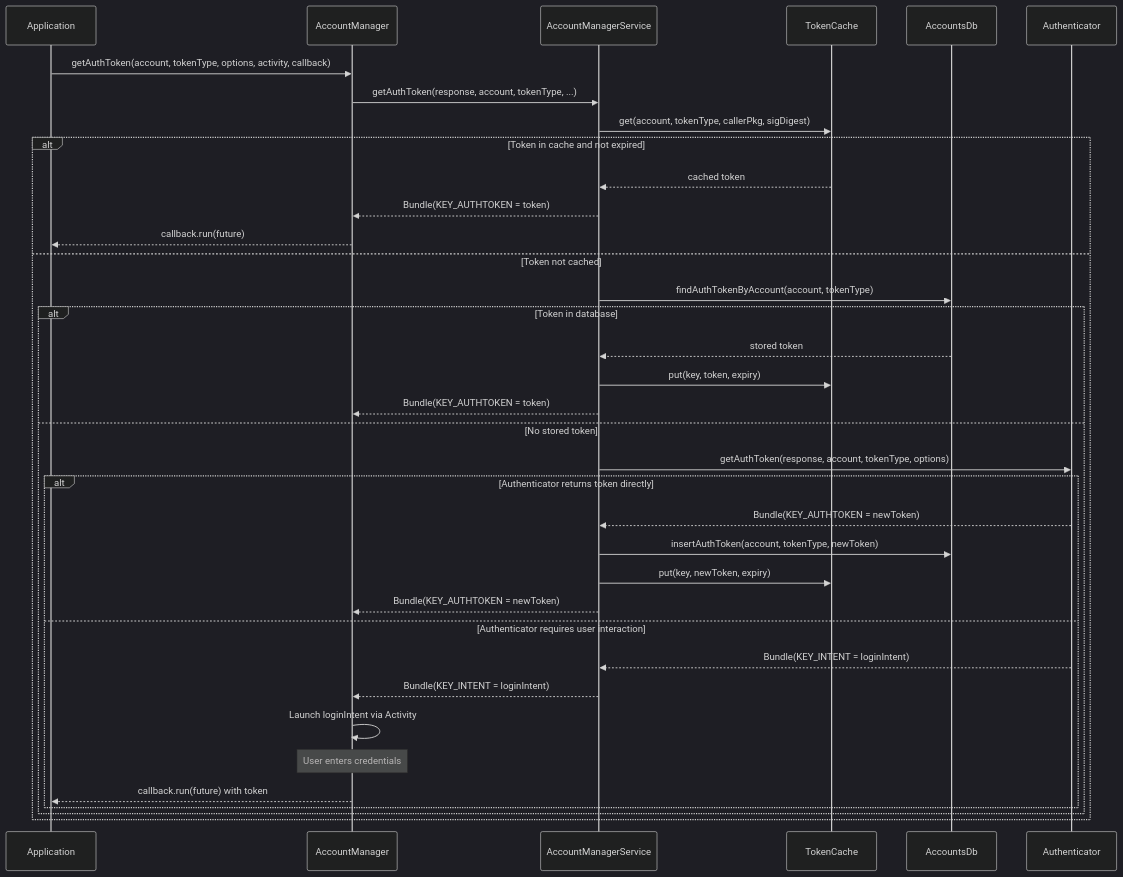
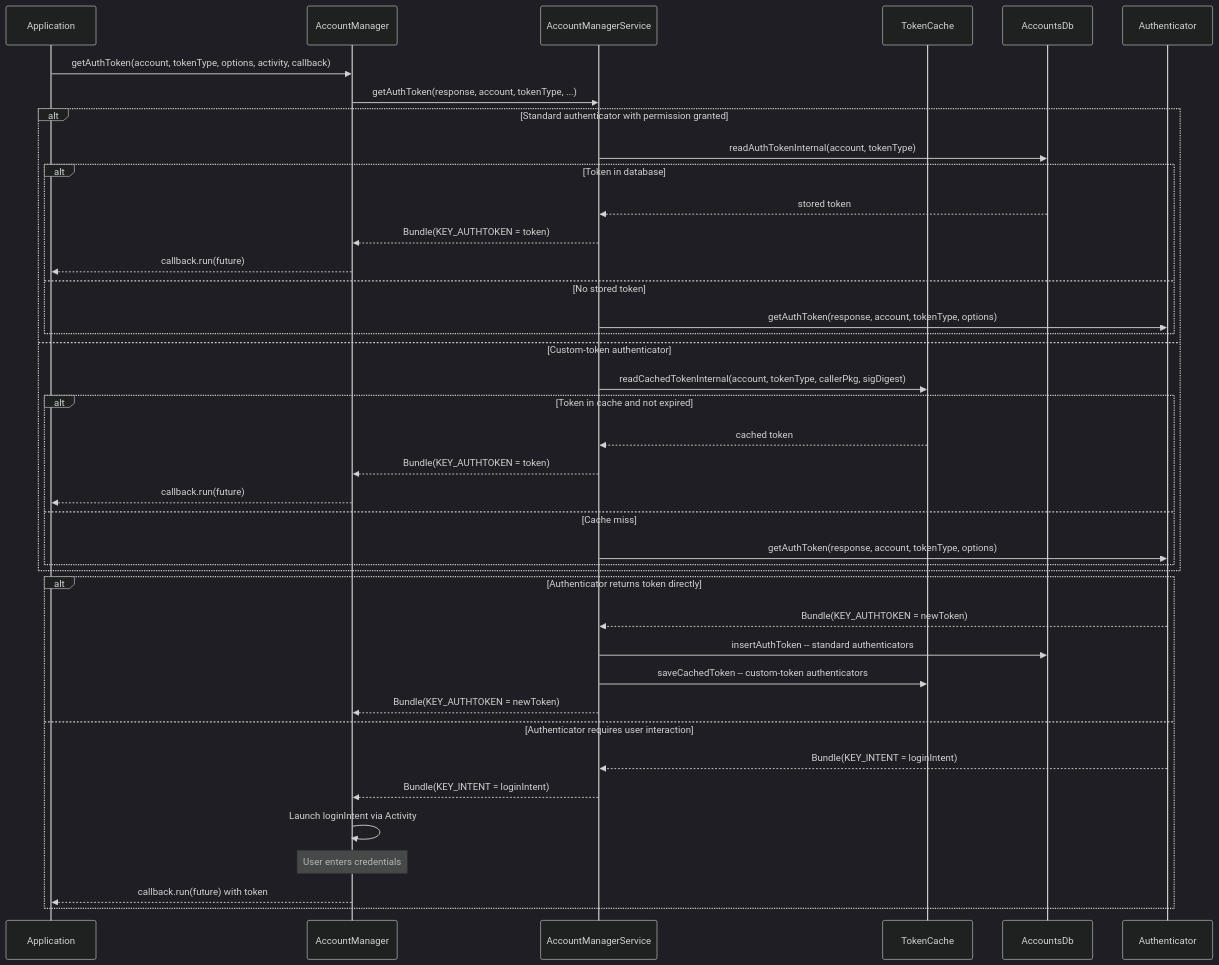
Before and after one commit to aospbooks/aosp-internal-book: the fifth of 17 diagrams in 32-account-sync.md, drawn with Mermaid (dark theme). The commit also changed other lines of this file and 218 other files, not shown here.

````diff
--- a/32-account-sync.md
+++ b/32-account-sync.md
@@ -598,41 +607,46 @@
 ```mermaid
 sequenceDiagram
     participant App as Application
     participant AM as AccountManager
     participant AMS as AccountManagerService
     participant TC as TokenCache
     participant DB as AccountsDb
     participant AUTH as Authenticator
 
     App->>AM: getAuthToken(account, tokenType, options, activity, callback)
 
     AM->>AMS: getAuthToken(response, account, tokenType, ...)
-    AMS->>TC: get(account, tokenType, callerPkg, sigDigest)
 
-    alt Token in cache and not expired
-        TC-->>AMS: cached token
-        AMS-->>AM: Bundle(KEY_AUTHTOKEN = token)
-        AM-->>App: callback.run(future)
-    else Token not cached
-        AMS->>DB: findAuthTokenByAccount(account, tokenType)
+    alt Standard authenticator with permission granted
+        AMS->>DB: readAuthTokenInternal(account, tokenType)
         alt Token in database
             DB-->>AMS: stored token
-            AMS->>TC: put(key, token, expiry)
             AMS-->>AM: Bundle(KEY_AUTHTOKEN = token)
+            AM-->>App: callback.run(future)
         else No stored token
             AMS->>AUTH: getAuthToken(response, account, tokenType, options)
-            alt Authenticator returns token directly
-                AUTH-->>AMS: Bundle(KEY_AUTHTOKEN = newToken)
-                AMS->>DB: insertAuthToken(account, tokenType, newToken)
-                AMS->>TC: put(key, newToken, expiry)
-                AMS-->>AM: Bundle(KEY_AUTHTOKEN = newToken)
-            else Authenticator requires user interaction
-                AUTH-->>AMS: Bundle(KEY_INTENT = loginIntent)
-                AMS-->>AM: Bundle(KEY_INTENT = loginIntent)
-                AM->>AM: Launch loginIntent via Activity
-                Note over AM: User enters credentials
-                AM-->>App: callback.run(future) with token
-            end
+        end
+    else Custom-token authenticator
+        AMS->>TC: readCachedTokenInternal(account, tokenType, callerPkg, sigDigest)
+        alt Token in cache and not expired
+            TC-->>AMS: cached token
+            AMS-->>AM: Bundle(KEY_AUTHTOKEN = token)
+            AM-->>App: callback.run(future)
+        else Cache miss
+            AMS->>AUTH: getAuthToken(response, account, tokenType, options)
         end
     end
+
+    alt Authenticator returns token directly
+        AUTH-->>AMS: Bundle(KEY_AUTHTOKEN = newToken)
+        AMS->>DB: insertAuthToken -- standard authenticators
+        AMS->>TC: saveCachedToken -- custom-token authenticators
+        AMS-->>AM: Bundle(KEY_AUTHTOKEN = newToken)
+    else Authenticator requires user interaction
+        AUTH-->>AMS: Bundle(KEY_INTENT = loginIntent)
+        AMS-->>AM: Bundle(KEY_INTENT = loginIntent)
+        AM->>AM: Launch loginIntent via Activity
+        Note over AM: User enters credentials
+        AM-->>App: callback.run(future) with token
+    end
 ```
````
